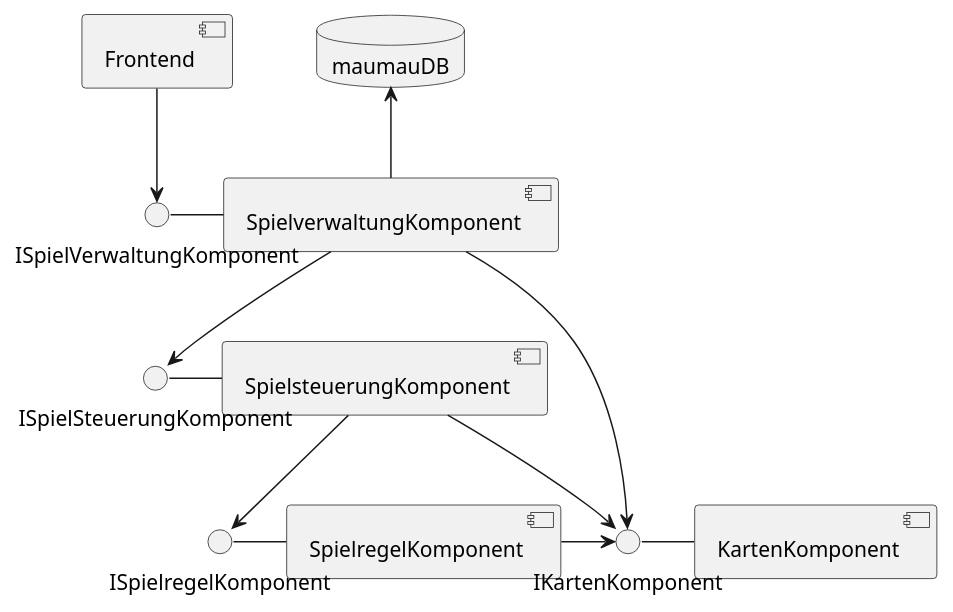
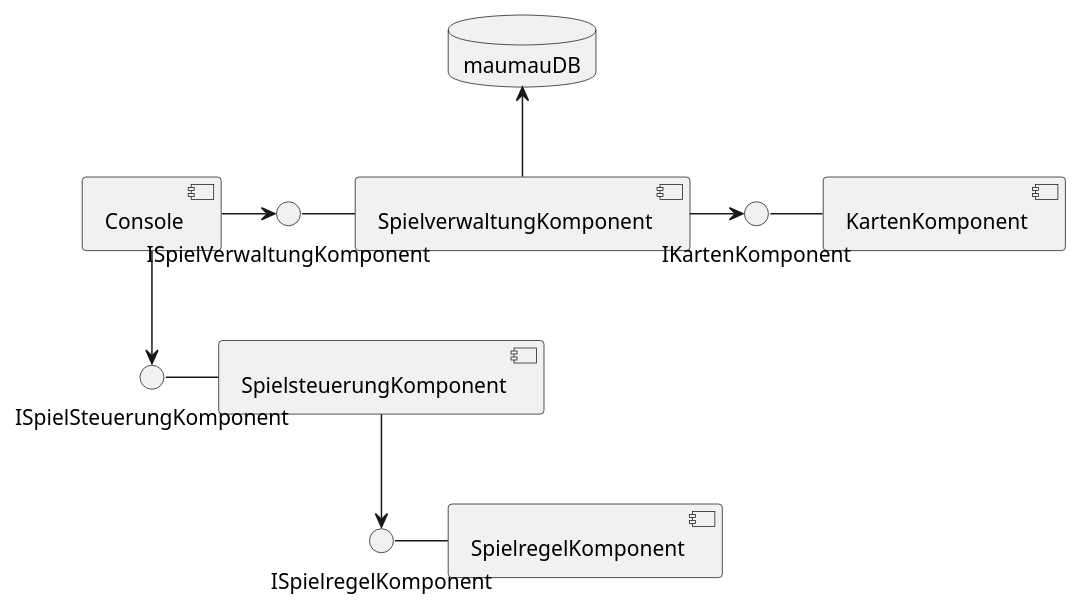
One commit to idokli/KBE changed the diagram in diagrams/ComponentDiagram.puml. Above: the diagram before and after it, drawn with PlantUML. The commit also changed 18 other files, not shown here.

```diff
--- a/diagrams/ComponentDiagram.puml
+++ b/diagrams/ComponentDiagram.puml
@@ -1,44 +1,42 @@
 @startuml
 
 [SpielregelKomponent] as srlk
 
 [SpielsteuerungKomponent] as ssk
 
 [KartenKomponent] as kk
 
-[Frontend] as frontend
+[Console] as Console
 
 [SpielverwaltungKomponent] as svk
 
 database "maumauDB" {
 
 }
 
 ISpielregelKomponent - srlk
 
 ISpielSteuerungKomponent - ssk
 
 IKartenKomponent - kk
 
 ISpielVerwaltungKomponent  - svk
 
 
-frontend --> ISpielVerwaltungKomponent
+Console -right-> ISpielVerwaltungKomponent
 
-svk --> ISpielSteuerungKomponent
+Console -down-> ISpielSteuerungKomponent
 
 ssk --> ISpielregelKomponent
 
 svk -right-> IKartenKomponent
 
 svk -up-> maumauDB
 
-ssk -right-> IKartenKomponent
 
-srlk -right-> IKartenKomponent
 
 
 
 
 
 @enduml
```
